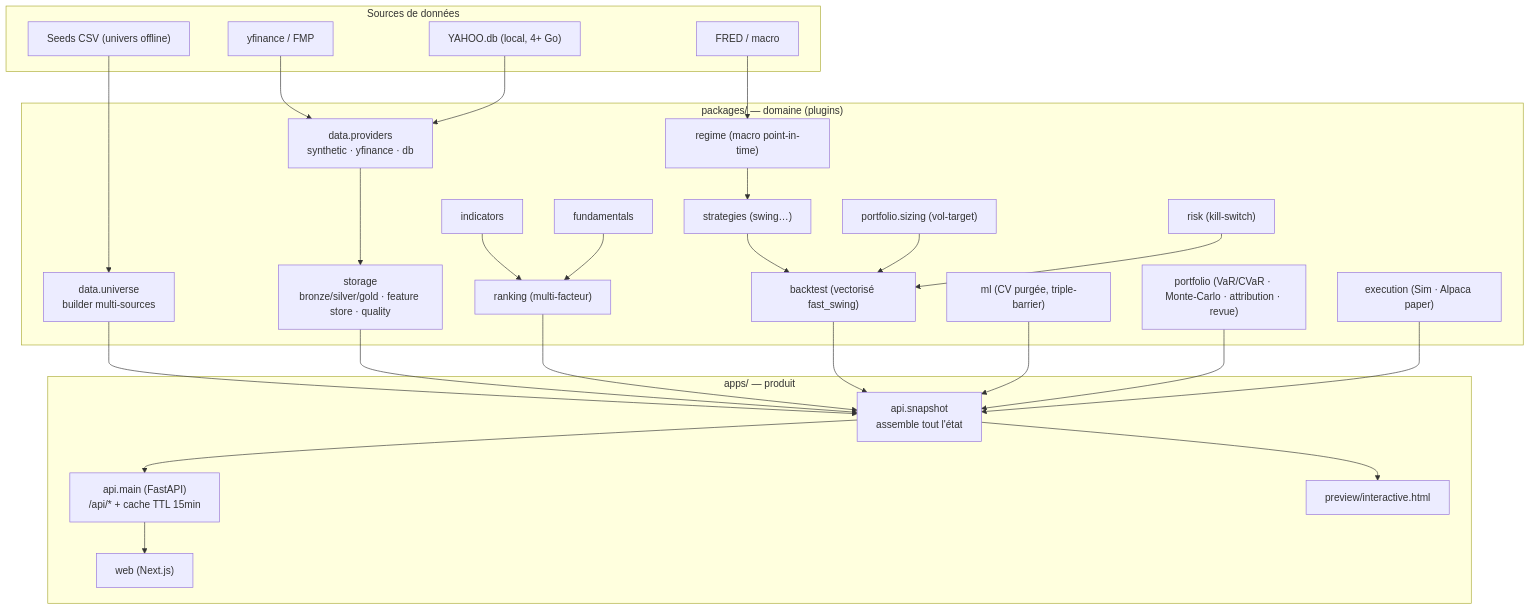
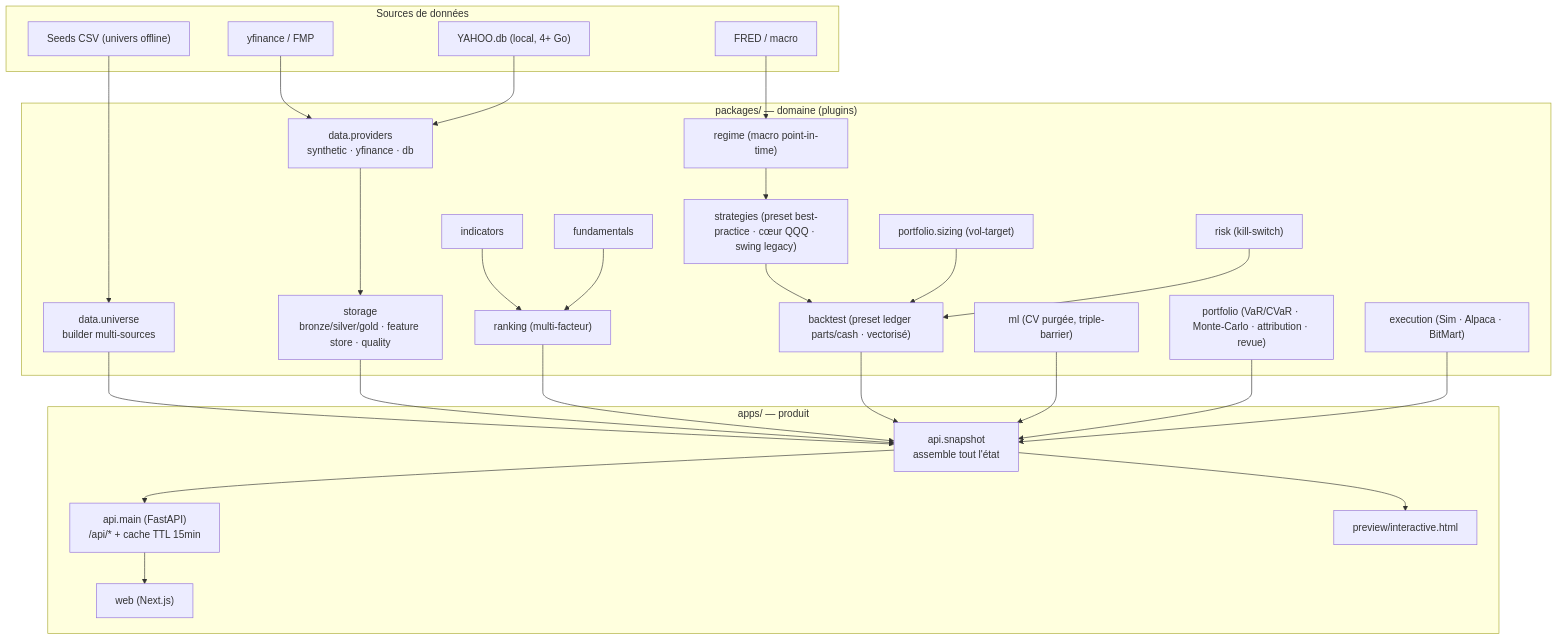
The diagram in README.md (7noctis7/Screening-Trading), drawn with Mermaid before and after one commit. The commit also changed other lines of this file, not shown here.

First line of the commit message:
docs(readme): cohérence — pipeline/diagramme reflètent preset+QQQ (plus de "swing" comme stratégie active)

````diff
--- a/README.md
+++ b/README.md
@@ -56,29 +56,29 @@
 ```mermaid
 flowchart TD
   subgraph SRC["Sources de données"]
     SEED["Seeds CSV (univers offline)"]; YF["yfinance / FMP"]; YAHOO["YAHOO.db (local, 4+ Go)"]; FRED["FRED / macro"]
   end
   subgraph CORE["packages/ — domaine (plugins)"]
     UNIV["data.universe<br/>builder multi-sources"]
     PROV["data.providers<br/>synthetic · yfinance · db"]
     STORE["storage<br/>bronze/silver/gold · feature store · quality"]
     IND["indicators"]; FUND["fundamentals"]; RANK["ranking (multi-facteur)"]
-    REG["regime (macro point-in-time)"]; STRAT["strategies (swing…)"]
+    REG["regime (macro point-in-time)"]; STRAT["strategies (preset best-practice · cœur QQQ · swing legacy)"]
     SIZE["portfolio.sizing (vol-target)"]; RISK["risk (kill-switch)"]
-    BT["backtest (vectorisé fast_swing)"]; EXEC["execution (Sim · Alpaca paper)"]
+    BT["backtest (preset ledger parts/cash · vectorisé)"]; EXEC["execution (Sim · Alpaca · BitMart)"]
     ML["ml (CV purgée, triple-barrier)"]; PORT["portfolio (VaR/CVaR · Monte-Carlo · attribution · revue)"]
   end
   subgraph APP["apps/ — produit"]
     SNAP["api.snapshot<br/>assemble tout l'état"]
     API["api.main (FastAPI)<br/>/api/* + cache TTL 15min"]
     WEB["web (Next.js)"]; PREV["preview/interactive.html"]
   end
   SEED --> UNIV; YF --> PROV; YAHOO --> PROV; FRED --> REG
   UNIV --> SNAP; PROV --> STORE --> SNAP
   IND & FUND --> RANK --> SNAP
   REG --> STRAT --> BT --> SNAP
   SIZE & RISK --> BT
   ML --> SNAP; PORT --> SNAP; EXEC --> SNAP
   SNAP --> API --> WEB
   SNAP --> PREV
 ```
````
